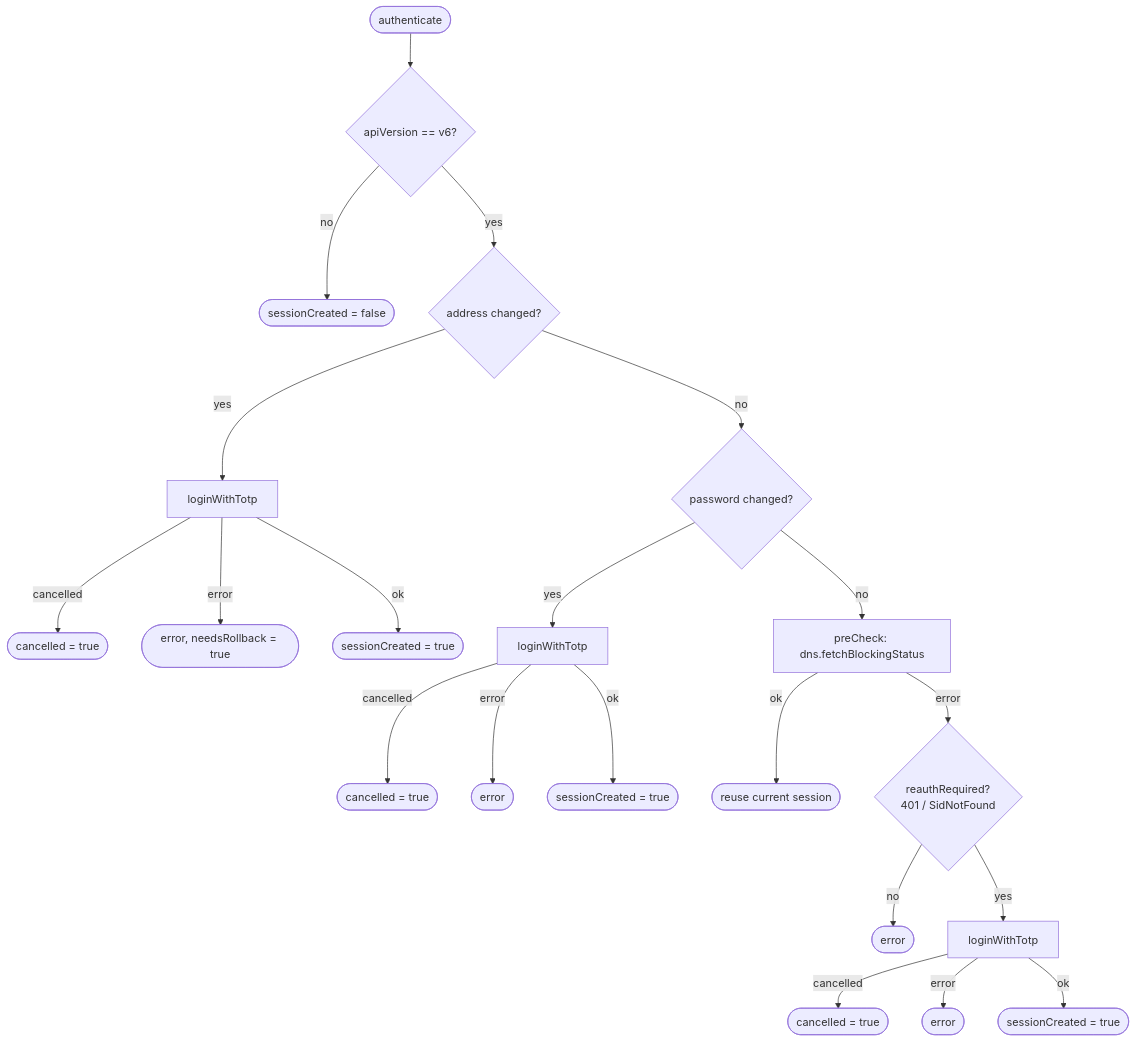
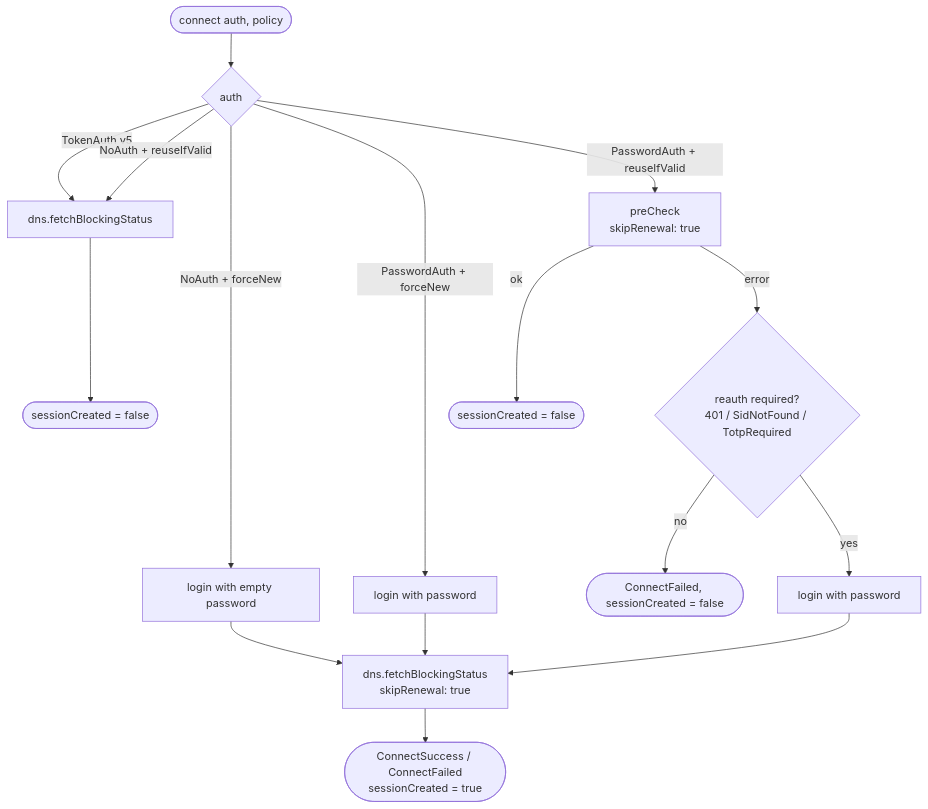
One commit to tsutsu3/pi-hole-client changed the fifth of 8 diagrams in docs/server-connection-flow.md. Above: the diagram before and after it, drawn with Mermaid. The commit also changed other lines of this file and 23 other files, not shown here.

````diff
--- a/docs/server-connection-flow.md
+++ b/docs/server-connection-flow.md
@@ -147,23 +203,15 @@
 ```mermaid
 flowchart TD
-  A([authenticate]) --> Z{apiVersion == v6?}
-  Z -- no --> N0([sessionCreated = false])
-  Z -- yes --> B{address changed?}
-  B -- yes --> C[loginWithTotp]
-  C -- cancelled --> CC([cancelled = true])
-  C -- error --> CE([error, needsRollback = true])
-  C -- ok --> CS([sessionCreated = true])
-  B -- no --> D{password changed?}
-  D -- yes --> E[loginWithTotp]
-  E -- cancelled --> EC([cancelled = true])
-  E -- error --> EE([error])
-  E -- ok --> ES([sessionCreated = true])
-  D -- no --> P[preCheck: dns.fetchBlockingStatus]
-  P -- ok --> N1([reuse current session])
-  P -- error --> R{reauthRequired?<br/>401 / SidNotFound}
-  R -- no --> RE([error])
-  R -- yes --> H[loginWithTotp]
-  H -- cancelled --> HC([cancelled = true])
-  H -- error --> HE([error])
-  H -- ok --> HS([sessionCreated = true])
+  A([connect auth, policy]) --> Z{auth}
+  Z -- TokenAuth v5 --> S0[dns.fetchBlockingStatus] --> R0([sessionCreated = false])
+  Z -- NoAuth + reuseIfValid --> S0
+  Z -- NoAuth + forceNew --> L1[login with empty password]
+  Z -- PasswordAuth + forceNew --> L2[login with password]
+  Z -- PasswordAuth + reuseIfValid --> P[preCheck<br/>skipRenewal: true]
+  P -- ok --> R1([sessionCreated = false])
+  P -- error --> Q{reauth required?<br/>401 / SidNotFound / TotpRequired}
+  Q -- no --> QE([ConnectFailed, sessionCreated = false])
+  Q -- yes --> L3[login with password]
+  L1 & L2 & L3 --> LS[dns.fetchBlockingStatus<br/>skipRenewal: true]
+  LS --> R2([ConnectSuccess / ConnectFailed<br/>sessionCreated = true])
 ```
````
